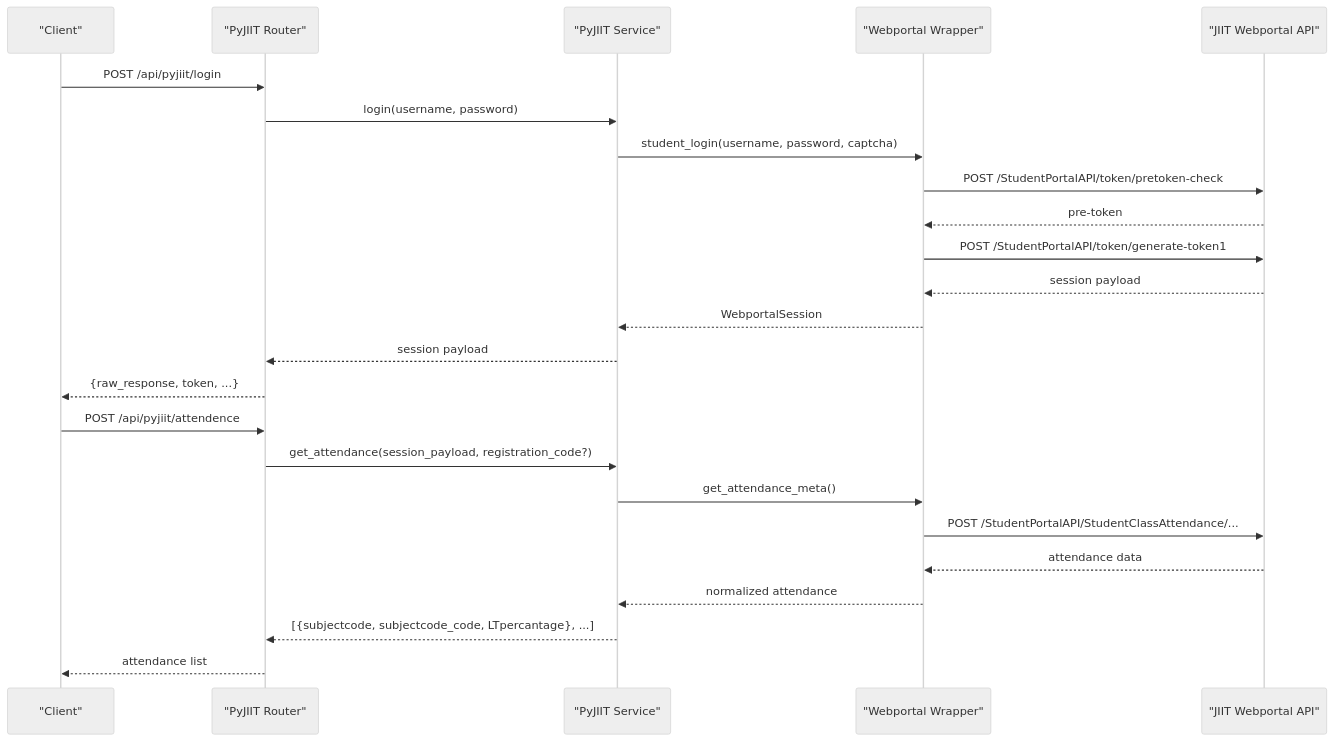
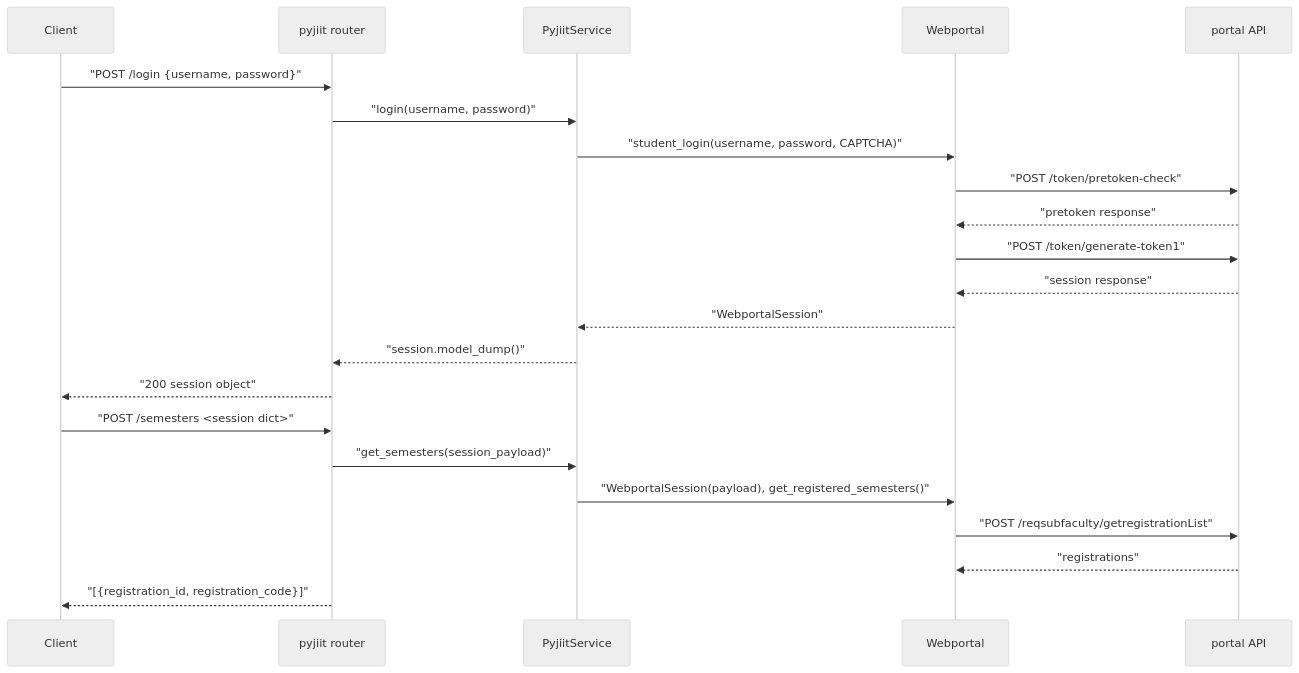
Before and after one commit to tashifkhan/tashif.codes: the second of 6 diagrams in src/data/docs/agentic-browser/API Server/Academic Portal API.md, drawn with Mermaid (neutral theme). The commit also changed other lines of this file and 114 other files, not shown here.

````diff
--- a/src/data/docs/agentic-browser/API Server/Academic Portal API.md
+++ b/src/data/docs/agentic-browser/API Server/Academic Portal API.md
@@ -36,26 +64,24 @@
 ```mermaid
 sequenceDiagram
-participant C as "Client"
-participant R as "PyJIIT Router"
-participant S as "PyJIIT Service"
-participant W as "Webportal Wrapper"
-participant J as "JIIT Webportal API"
-C->>R : POST /api/pyjiit/login
-R->>S : login(username, password)
-S->>W : student_login(username, password, captcha)
-W->>J : POST /StudentPortalAPI/token/pretoken-check
-J-->>W : pre-token
-W->>J : POST /StudentPortalAPI/token/generate-token1
-J-->>W : session payload
-W-->>S : WebportalSession
-S-->>R : session payload
-R-->>C : {raw_response, token, ...}
-C->>R : POST /api/pyjiit/attendence
-R->>S : get_attendance(session_payload, registration_code?)
-S->>W : get_attendance_meta()
-W->>J : POST /StudentPortalAPI/StudentClassAttendance/...
-J-->>W : attendance data
-W-->>S : normalized attendance
-S-->>R : [{subjectcode, subjectcode_code, LTpercantage}, ...]
-R-->>C : attendance list
+  participant C as Client
+  participant R as pyjiit router
+  participant S as PyjiitService
+  participant W as Webportal
+  participant P as portal API
+  C->>R: "POST /login {username, password}"
+  R->>S: "login(username, password)"
+  S->>W: "student_login(username, password, CAPTCHA)"
+  W->>P: "POST /token/pretoken-check"
+  P-->>W: "pretoken response"
+  W->>P: "POST /token/generate-token1"
+  P-->>W: "session response"
+  W-->>S: "WebportalSession"
+  S-->>R: "session.model_dump()"
+  R-->>C: "200 session object"
+  C->>R: "POST /semesters <session dict>"
+  R->>S: "get_semesters(session_payload)"
+  S->>W: "WebportalSession(payload), get_registered_semesters()"
+  W->>P: "POST /reqsubfaculty/getregistrationList"
+  P-->>W: "registrations"
+  R-->>C: "[{registration_id, registration_code}]"
 ```
````
